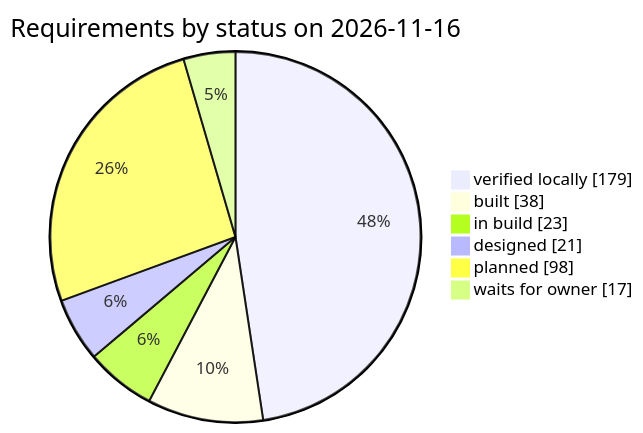
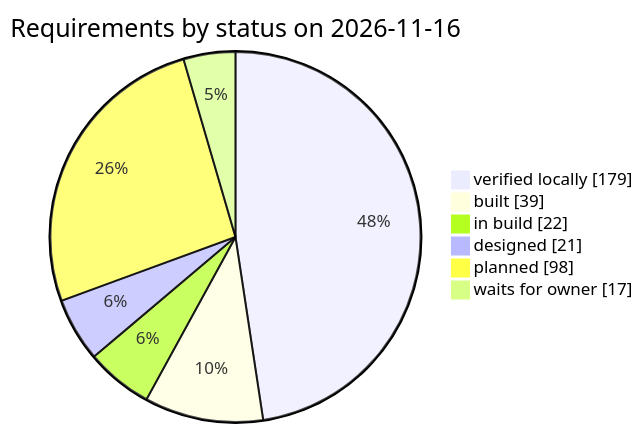
Before and after one commit to qa-io-vn/fnb-manager: the third of 3 diagrams in docs/requirements.md, drawn with Mermaid. The commit also changed other lines of this file and 35 other files, not shown here.

````diff
--- a/docs/requirements.md
+++ b/docs/requirements.md
@@ -982,10 +982,10 @@
 ```mermaid
 pie showData
     title Requirements by status on 2026-11-16
     "verified locally" : 179
-    "built" : 38
-    "in build" : 23
+    "built" : 39
+    "in build" : 22
     "designed" : 21
     "planned" : 98
     "waits for owner" : 17
 ```
````
